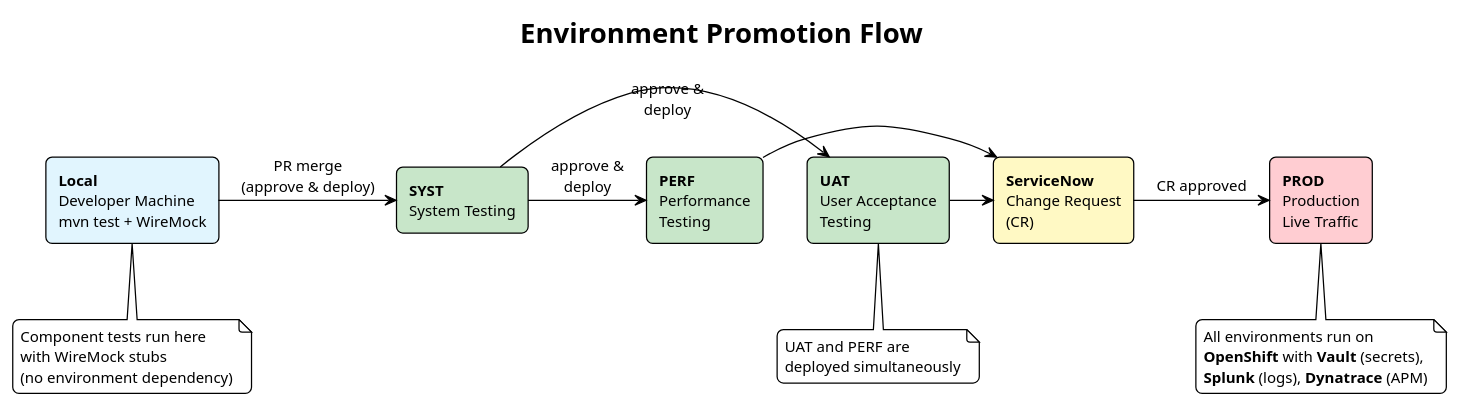
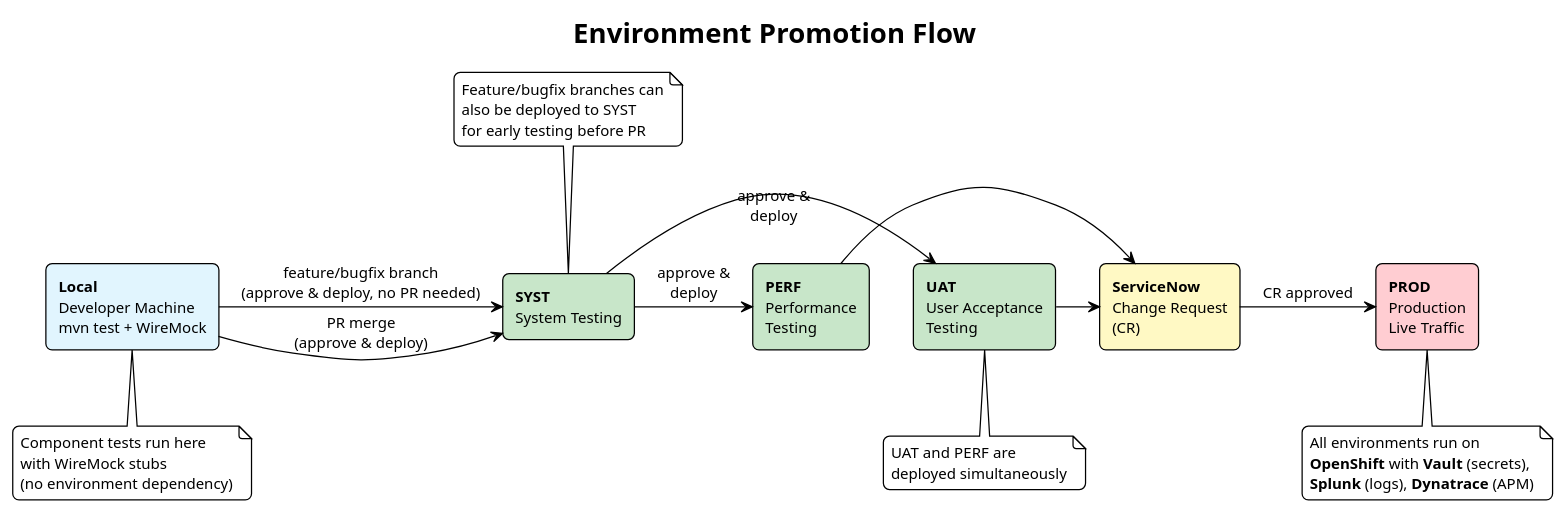
Before and after one commit to senthilknz/investments-api-planning: the diagram in docs/diagrams/plantuml/08-environment-flow.puml, drawn with PlantUML. The commit also changed 2 other files, not shown here.

Commit message:
Add feature/bugfix branch deploy path to SYST environment
- SYST can be deployed from feature/bugfix branches before PR is raised
- Update environment flow diagram with both paths and explanatory note
- Update environment table in onboarding guide

```diff
--- a/docs/diagrams/plantuml/08-environment-flow.puml
+++ b/docs/diagrams/plantuml/08-environment-flow.puml
@@ -1,47 +1,54 @@
 @startuml 08-environment-flow
 !theme plain
 skinparam backgroundColor white
 skinparam defaultFontName Arial
 skinparam defaultFontSize 12
 skinparam roundCorner 10
 skinparam shadowing false
 
 title Environment Promotion Flow
 
 rectangle "**Local**\nDeveloper Machine\nmvn test + WireMock" as local #E1F5FE
 
 rectangle "**SYST**\nSystem Testing" as syst #C8E6C9
 
 rectangle "**UAT**\nUser Acceptance\nTesting" as uat #C8E6C9
 
 rectangle "**PERF**\nPerformance\nTesting" as perf #C8E6C9
 
 rectangle "**ServiceNow**\nChange Request\n(CR)" as cr #FFF9C4
 
 rectangle "**PROD**\nProduction\nLive Traffic" as prod #FFCDD2
 
 local -right-> syst : PR merge\n(approve & deploy)
+local -right-> syst : feature/bugfix branch\n(approve & deploy, no PR needed)
 syst -right-> uat : approve &\ndeploy
 syst -right-> perf : approve &\ndeploy
 uat -right-> cr
 perf -right-> cr
 cr -right-> prod : CR approved
 
 note bottom of local
   Component tests run here
   with WireMock stubs
   (no environment dependency)
+end note
+
+note top of syst
+  Feature/bugfix branches can
+  also be deployed to SYST
+  for early testing before PR
 end note
 
 note bottom of uat
   UAT and PERF are
   deployed simultaneously
 end note
 
 note bottom of prod
   All environments run on
   **OpenShift** with **Vault** (secrets),
   **Splunk** (logs), **Dynatrace** (APM)
 end note
 
 @enduml
```
